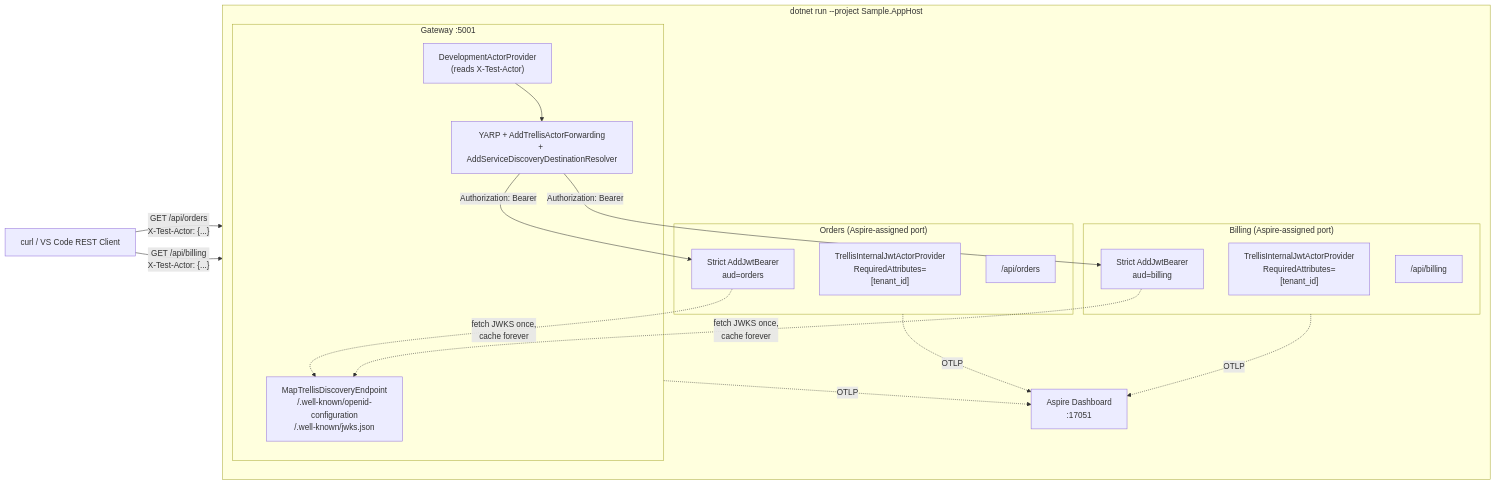
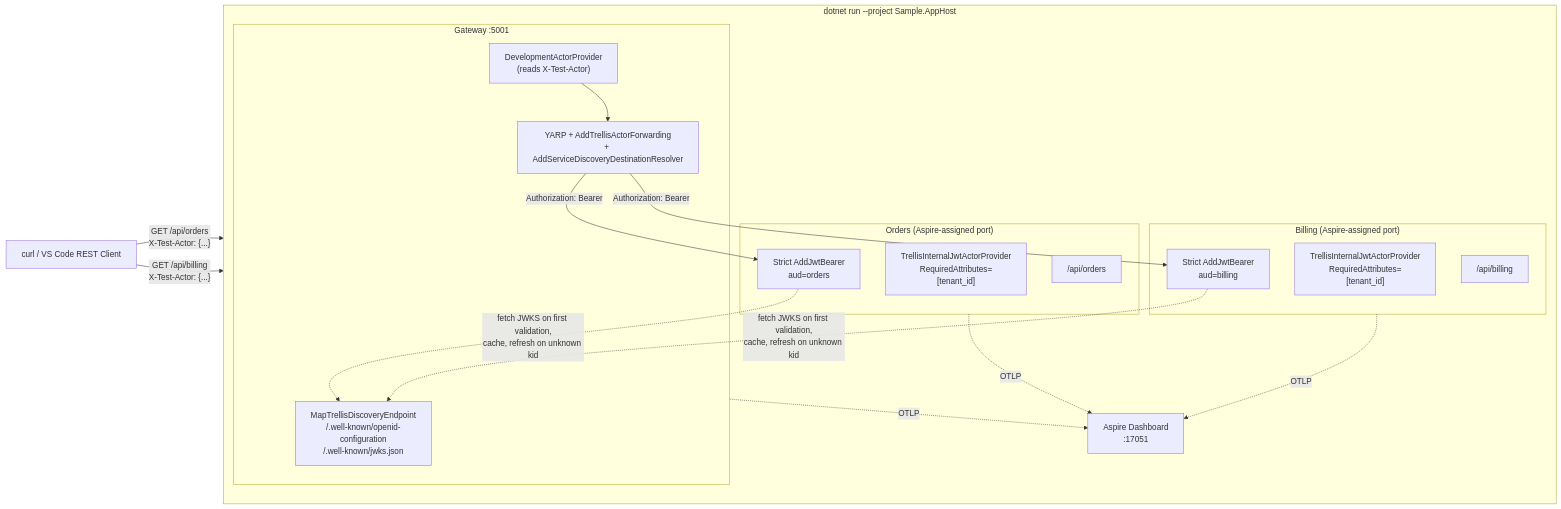
Before and after one commit to xavierjohn/Trellis.Microservices: the first of 11 diagrams in examples/Sample/ARCHITECTURE.md, drawn with Mermaid. The commit also changed other lines of this file and 4 other files, not shown here.

````diff
--- a/examples/Sample/ARCHITECTURE.md
+++ b/examples/Sample/ARCHITECTURE.md
@@ -24,41 +24,41 @@
 ```mermaid
 flowchart LR
     user[curl / VS Code REST Client]
 
     subgraph Aspire["dotnet run --project Sample.AppHost"]
         direction TB
         dashboard["Aspire Dashboard<br/>:17051"]
 
         subgraph Gateway["Gateway :5001"]
             dap["DevelopmentActorProvider<br/>(reads X-Test-Actor)"]
             yarp["YARP + AddTrellisActorForwarding<br/>+ AddServiceDiscoveryDestinationResolver"]
             disc["MapTrellisDiscoveryEndpoint<br/>/.well-known/openid-configuration<br/>/.well-known/jwks.json"]
         end
 
         subgraph Orders["Orders (Aspire-assigned port)"]
             ojb["Strict AddJwtBearer<br/>aud=orders"]
             oap["TrellisInternalJwtActorProvider<br/>RequiredAttributes=[tenant_id]"]
             oe["/api/orders"]
         end
 
         subgraph Billing["Billing (Aspire-assigned port)"]
             bjb["Strict AddJwtBearer<br/>aud=billing"]
             bap["TrellisInternalJwtActorProvider<br/>RequiredAttributes=[tenant_id]"]
             be["/api/billing"]
         end
     end
 
     user -- "GET /api/orders<br/>X-Test-Actor: {...}" --> dap
     user -- "GET /api/billing<br/>X-Test-Actor: {...}" --> dap
 
     dap --> yarp
     yarp -- "Authorization: Bearer <JWT aud=orders>" --> ojb
     yarp -- "Authorization: Bearer <JWT aud=billing>" --> bjb
 
-    ojb -. "fetch JWKS once,<br/>cache forever" .-> disc
-    bjb -. "fetch JWKS once,<br/>cache forever" .-> disc
+    ojb -. "fetch JWKS on first validation,<br/>cache, refresh on unknown kid" .-> disc
+    bjb -. "fetch JWKS on first validation,<br/>cache, refresh on unknown kid" .-> disc
 
     Gateway -. OTLP .-> dashboard
     Orders -. OTLP .-> dashboard
     Billing -. OTLP .-> dashboard
 ```
````
